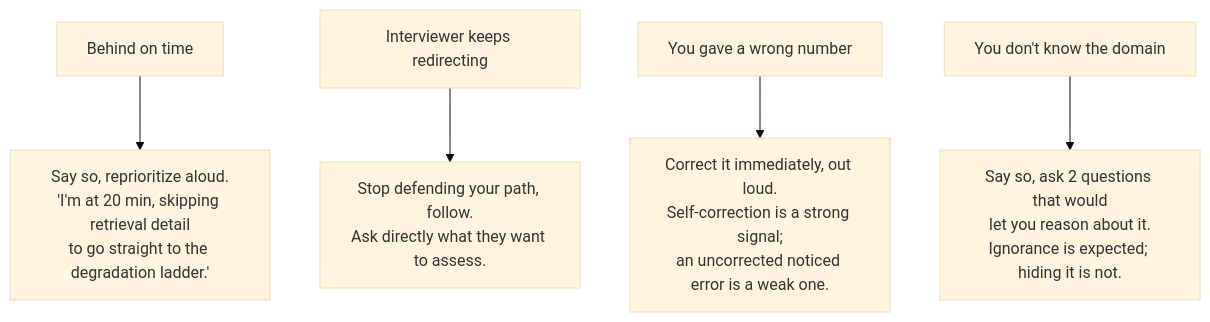
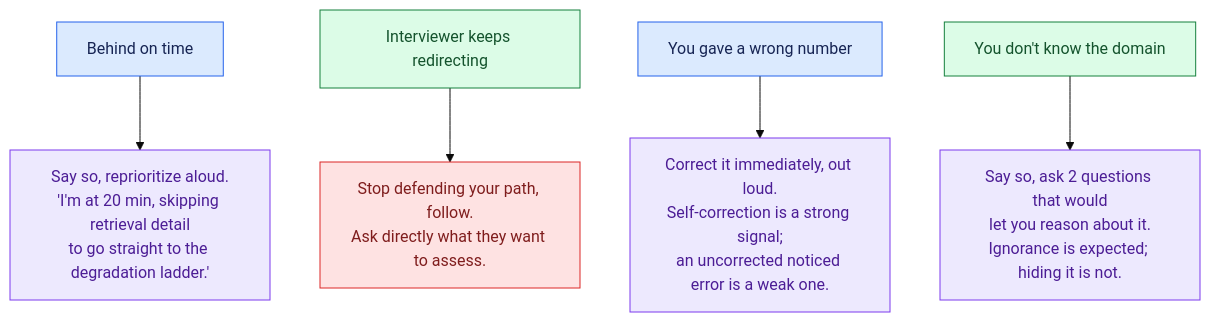
The second of 2 diagrams in site/content/modules/15-fde-case-studies/agents-that-act/sre-incident-response-agent/full-pack-part-3.md (Sourav692/Forward-Deployed-Engineer-Interview-Prep), drawn with Mermaid (base theme) before and after one commit. The commit also changed other lines of this file and 1268 other files, not shown here.

First line of the commit message:
content: polish Casebook writing and Mermaid diagrams (#251)

````diff
--- a/site/content/modules/15-fde-case-studies/agents-that-act/sre-incident-response-agent/full-pack-part-3.md
+++ b/site/content/modules/15-fde-case-studies/agents-that-act/sre-incident-response-agent/full-pack-part-3.md
@@ -115,7 +134,17 @@
 ```mermaid
 flowchart TD
     A[Behind on time] --> A1["Say so, reprioritize aloud.<br/>'I'm at 20 min, skipping retrieval detail<br/>to go straight to the degradation ladder.'"]
     B[Interviewer keeps redirecting] --> B1["Stop defending your path, follow.<br/>Ask directly what they want to assess."]
     C[You gave a wrong number] --> C1["Correct it immediately, out loud.<br/>Self-correction is a strong signal;<br/>an uncorrected noticed error is a weak one."]
     D[You don't know the domain] --> D1["Say so, ask 2 questions that would<br/>let you reason about it.<br/>Ignorance is expected; hiding it is not."]
+
+    %% Casebook colours: entry, reasoning, results, controls, and stopped paths.
+    classDef cbInput fill:#dbeafe,stroke:#2563eb,color:#172554
+    class A,C cbInput
+    classDef cbReason fill:#ede9fe,stroke:#7c3aed,color:#4c1d95
+    class A1,C1,D1 cbReason
+    classDef cbAction fill:#dcfce7,stroke:#15803d,color:#14532d
+    class B,D cbAction
+    classDef cbStop fill:#fee2e2,stroke:#dc2626,color:#7f1d1d
+    class B1 cbStop
 ```
````
